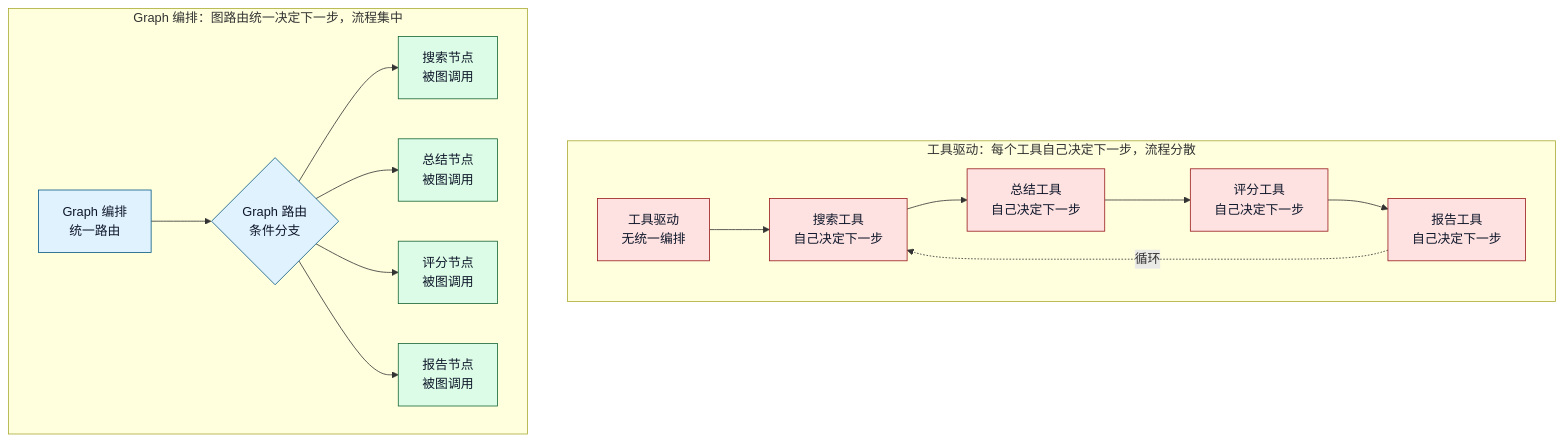
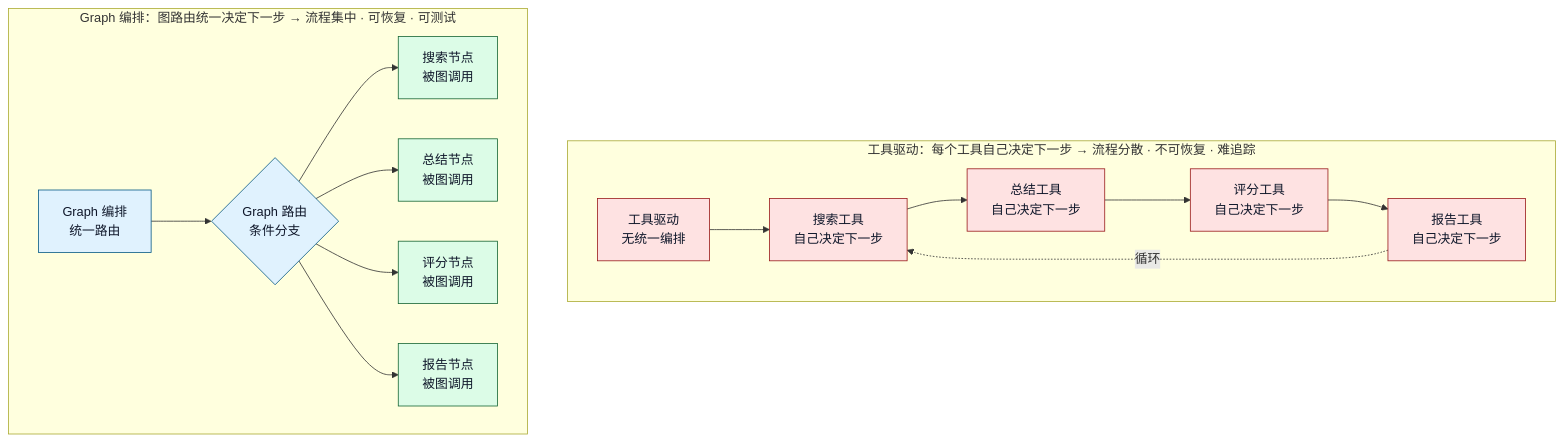
Before and after one commit to sealzrt/2026-08--agent: the tenth of 13 diagrams in ai-agent学习/06.LangGraph入门/16.LangGraph业务落地项目架构.md, drawn with Mermaid. The commit also changed other lines of this file and 95 other files, not shown here.

````diff
--- a/ai-agent学习/06.LangGraph入门/16.LangGraph业务落地项目架构.md
+++ b/ai-agent学习/06.LangGraph入门/16.LangGraph业务落地项目架构.md
@@ -376,25 +422,25 @@
 ```mermaid
 flowchart TD
-    subgraph A["工具驱动：每个工具自己决定下一步，流程分散"]
+    subgraph A["工具驱动：每个工具自己决定下一步 → 流程分散 · 不可恢复 · 难追踪"]
         direction LR
         TD1["工具驱动<br/>无统一编排"] --> TD2["搜索工具<br/>自己决定下一步"]
         TD2 --> TD3["总结工具<br/>自己决定下一步"]
         TD3 --> TD4["评分工具<br/>自己决定下一步"]
         TD4 --> TD5["报告工具<br/>自己决定下一步"]
         TD5 -.->|循环| TD2
     end
-    subgraph B["Graph 编排：图路由统一决定下一步，流程集中"]
+    subgraph B["Graph 编排：图路由统一决定下一步 → 流程集中 · 可恢复 · 可测试"]
         direction LR
         GO["Graph 编排<br/>统一路由"] --> GR{"Graph 路由<br/>条件分支"}
         GR --> N1["搜索节点<br/>被图调用"]
         GR --> N2["总结节点<br/>被图调用"]
         GR --> N3["评分节点<br/>被图调用"]
         GR --> N4["报告节点<br/>被图调用"]
     end
     classDef warn fill:#fee2e2,stroke:#991b1b,color:#0f172a
     classDef core fill:#e0f2fe,stroke:#075985,color:#0f172a
     classDef cap fill:#dcfce7,stroke:#166534,color:#0f172a
     class TD1,TD2,TD3,TD4,TD5 warn
     class GO,GR core
     class N1,N2,N3,N4 cap
 ```
````
